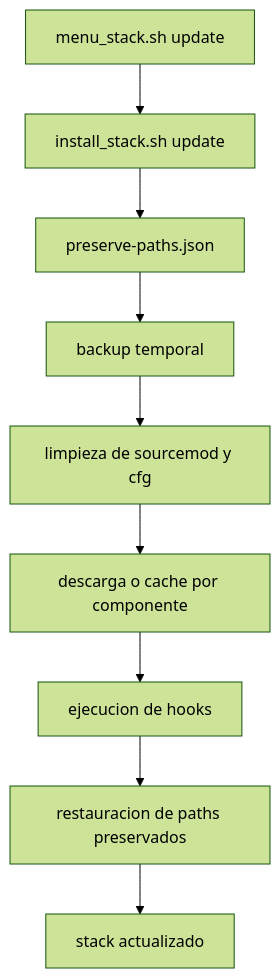
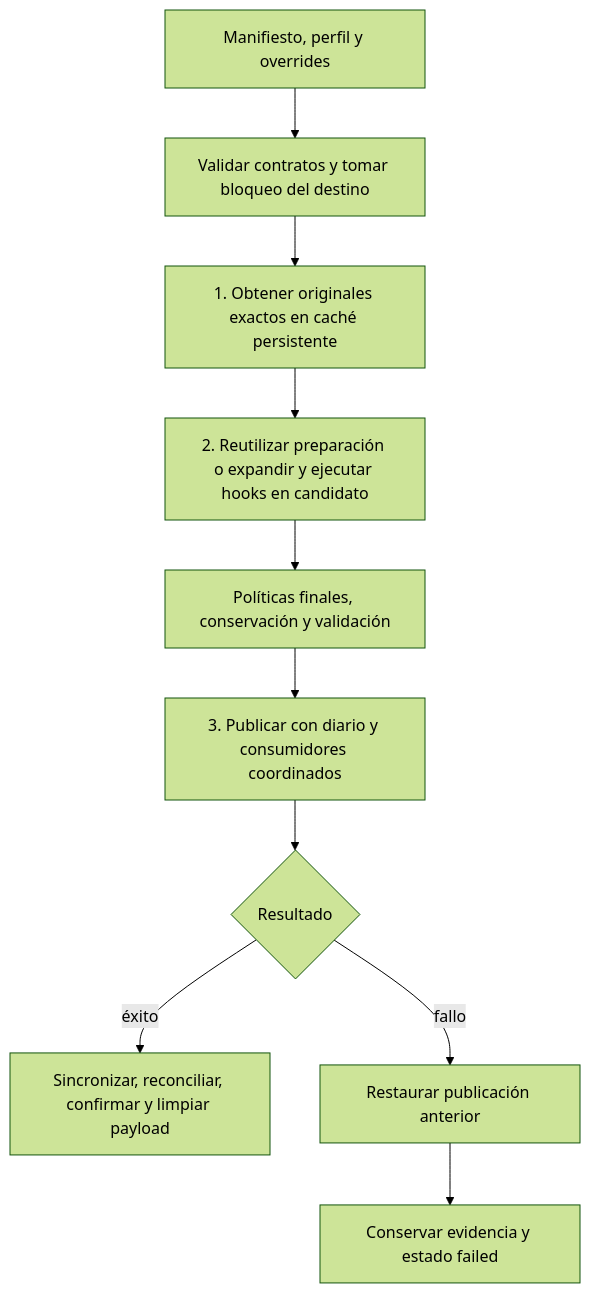
The second of 2 diagrams in docs/flowcharts.md (AoC-Gamers/Docker-L4D2-Competitive), drawn with Mermaid (forest theme) before and after one commit. The commit also changed other lines of this file and 18 other files, not shown here.

````diff
--- a/docs/flowcharts.md
+++ b/docs/flowcharts.md
@@ -38,11 +23,12 @@
 ```mermaid
 graph TD
-    A[menu_stack.sh update] --> B[install_stack.sh update]
-    B --> C[preserve-paths.json]
-    C --> D[backup temporal]
-    D --> E[limpieza de sourcemod y cfg]
-    E --> F[descarga o cache por componente]
-    F --> G[ejecucion de hooks]
-    G --> H[restauracion de paths preservados]
-    H --> I[stack actualizado]
+    A[Manifiesto, perfil y overrides] --> B[Validar contratos y tomar bloqueo del destino]
+    B --> C[1. Obtener originales exactos en caché persistente]
+    C --> D[2. Reutilizar preparación o expandir y ejecutar hooks en candidato]
+    D --> E[Políticas finales, conservación y validación]
+    E --> F[3. Publicar con diario y consumidores coordinados]
+    F --> G{Resultado}
+    G -->|éxito| H[Sincronizar, reconciliar, confirmar y limpiar payload]
+    G -->|fallo| I[Restaurar publicación anterior]
+    I --> J[Conservar evidencia y estado failed]
 ```
````
